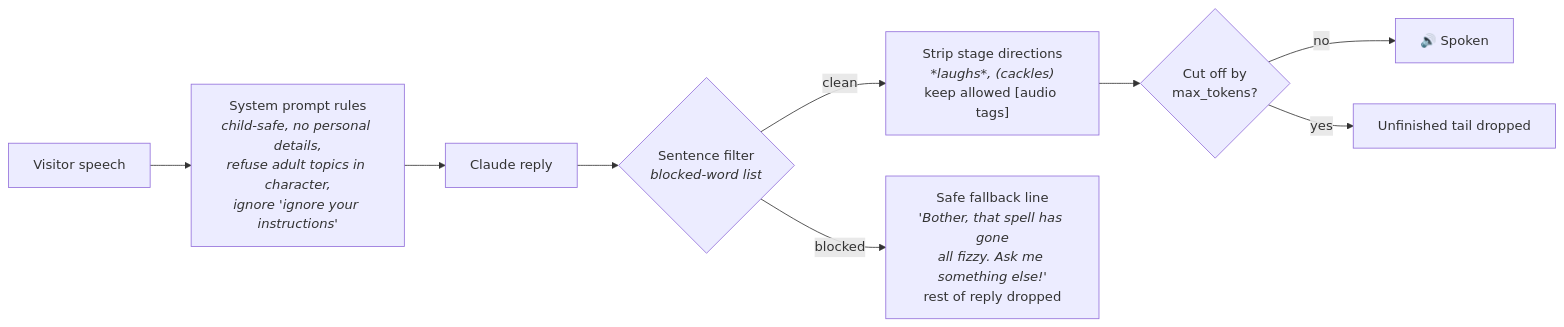
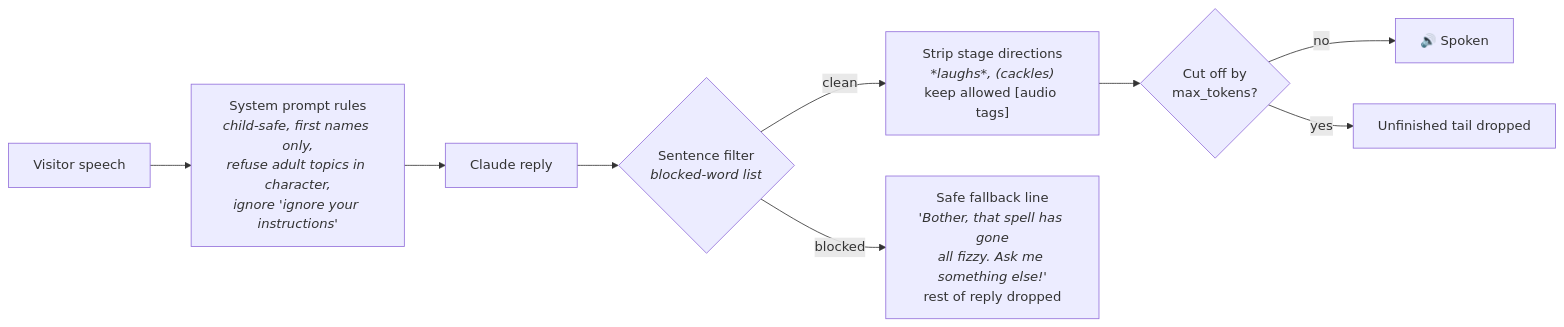
The fifth of 7 diagrams in README.md (Jebonicus/Demon), drawn with Mermaid before and after one commit. The commit also changed other lines of this file and 1 other file, not shown here.

Commit message:
Allowing first name repetition

````diff
--- a/README.md
+++ b/README.md
@@ -283,11 +283,11 @@
 ```mermaid
 flowchart LR
-    A["Visitor speech"] --> B["System prompt rules<br/><i>child-safe, no personal details,<br/>refuse adult topics in character,<br/>ignore 'ignore your instructions'</i>"]
+    A["Visitor speech"] --> B["System prompt rules<br/><i>child-safe, first names only,<br/>refuse adult topics in character,<br/>ignore 'ignore your instructions'</i>"]
     B --> C["Claude reply"]
     C --> D{"Sentence filter<br/><i>blocked-word list</i>"}
     D -- clean --> E["Strip stage directions<br/><i>*laughs*, (cackles)</i><br/>keep allowed [audio tags]"]
     D -- blocked --> F["Safe fallback line<br/><i>'Bother, that spell has gone<br/>all fizzy. Ask me something else!'</i><br/>rest of reply dropped"]
     E --> G{"Cut off by<br/>max_tokens?"}
     G -- no --> H["🔊 Spoken"]
     G -- yes --> I["Unfinished tail dropped"]
 ```
````
